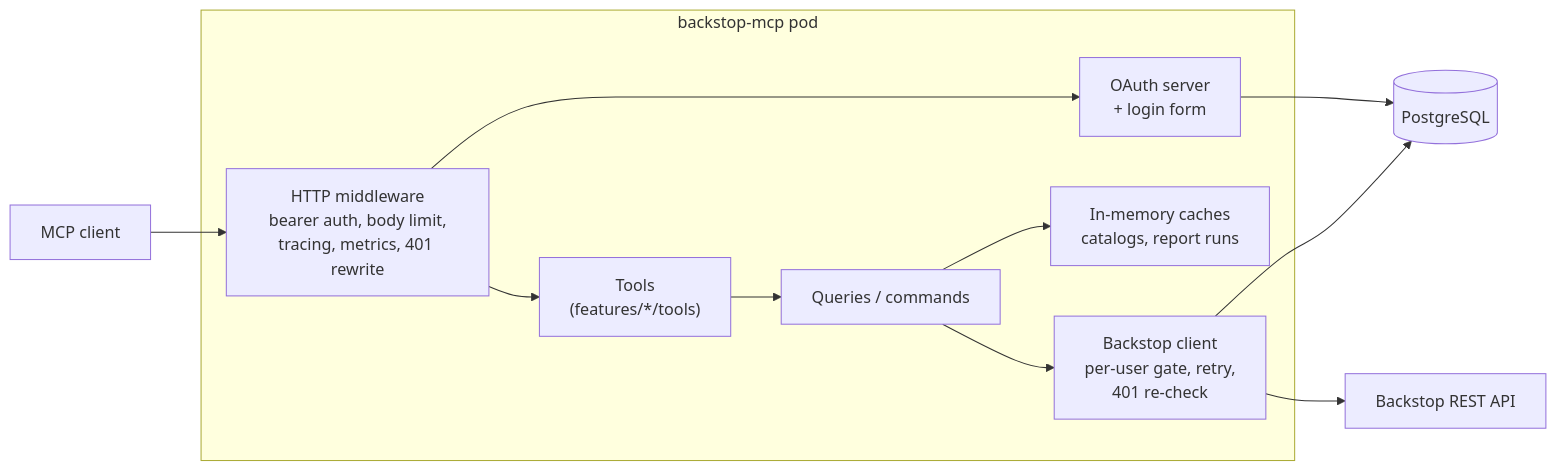
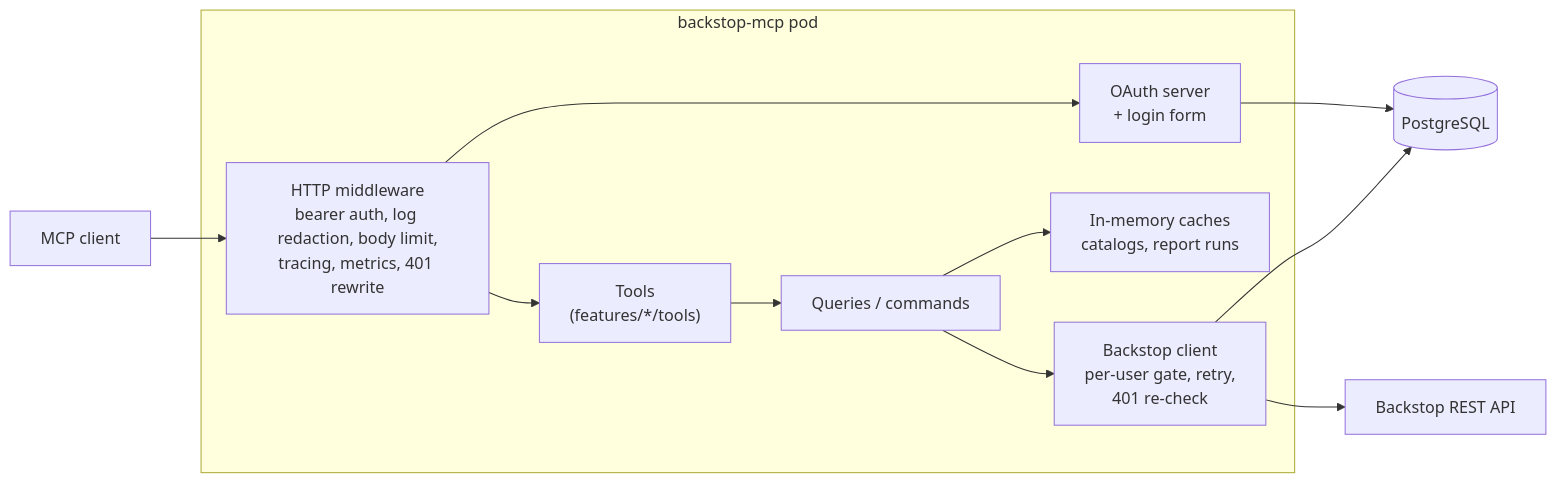
The first of 2 diagrams in services/backstop-mcp/docs/technical/architecture.md (Unique-AG/connectors), drawn with Mermaid before and after one commit. The commit also changed other lines of this file, not shown here.

First line of the commit message:
docs(backstop-mcp): show both log-redaction middlewares in the architecture

````diff
--- a/services/backstop-mcp/docs/technical/architecture.md
+++ b/services/backstop-mcp/docs/technical/architecture.md
@@ -11,20 +11,20 @@
 ```mermaid
 flowchart LR
     subgraph Pod["backstop-mcp pod"]
-        MW["HTTP middleware<br/>bearer auth, body limit,<br/>tracing, metrics, 401 rewrite"]
+        MW["HTTP middleware<br/>bearer auth, log redaction, body limit,<br/>tracing, metrics, 401 rewrite"]
         Auth["OAuth server<br/>+ login form"]
         Tools["Tools<br/>(features/*/tools)"]
         Q["Queries / commands"]
         Cache["In-memory caches<br/>catalogs, report runs"]
         BC["Backstop client<br/>per-user gate, retry,<br/>401 re-check"]
     end
     Client["MCP client"] --> MW
     MW --> Auth
     MW --> Tools
     Tools --> Q
     Q --> Cache
     Q --> BC
     Auth --> DB[("PostgreSQL")]
     BC --> DB
     BC --> Backstop["Backstop REST API"]
 ```
````
